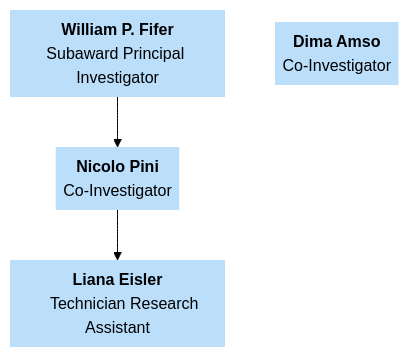
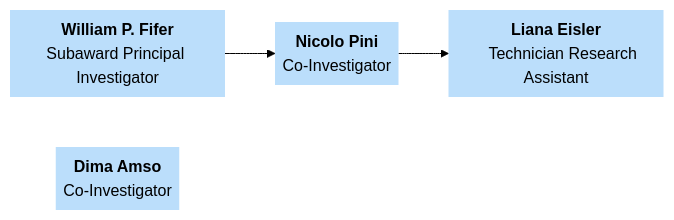
The eighth of 9 diagrams in docs/orgcharts.md (DCAN-Labs/hbcd-docs-internal), drawn with Mermaid (forest theme) before and after one commit.

Commit message:
col chart LR

````diff
--- a/docs/orgcharts.md
+++ b/docs/orgcharts.md
@@ -488,24 +488,24 @@
 ```mermaid
 ---
 config:
   layout: dagre
 ---
-flowchart TB
+flowchart LR
     columbia["<b>William P. Fifer</b><br>Subaward Principal Investigator"] --> columbia2["<b>Nicolo Pini</b><br>Co-Investigator"]
     columbia2 --> n3["<b>Liana Eisler</b>
     Technician Research Assistant"]
     n1["<b>Dima Amso</b>
     Co-Investigator<br>"]
     columbia@{ shape: text}
     columbia2@{ shape: text}
     n3@{ shape: text}
     n1@{ shape: text}
     style columbia fill:#BBDEFB,stroke:#424242
     style columbia2 fill:#BBDEFB
     style n3 fill:#BBDEFB
     style n1 fill:#BBDEFB
     click columbia "#fifer"
     click columbia2 "#pini"
     click n1 "#amso"
     click n3 "#eisler"
 ```
````
